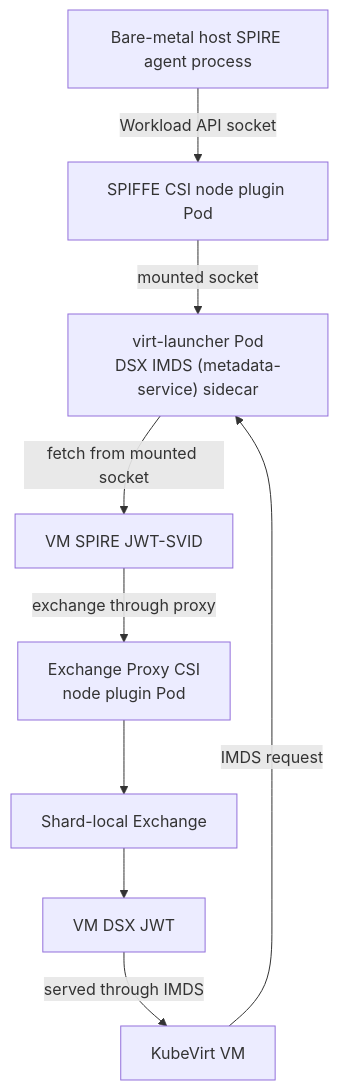
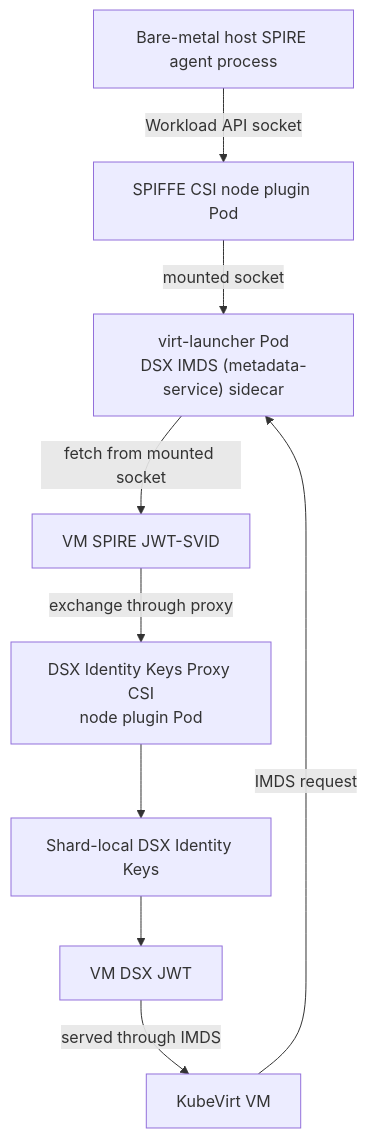
Before and after one commit to dsx-ai-factory/nvidia-workload-identity: the second of 3 diagrams in cmd/metadata-service/README.md, drawn with Mermaid. The commit also changed other lines of this file and 68 other files, not shown here.

Commit message:
fix!: rename component to dsx-identity-keys

````diff
--- a/cmd/metadata-service/README.md
+++ b/cmd/metadata-service/README.md
@@ -44,20 +46,20 @@
 ```mermaid
 flowchart TB
   HostAgent["Bare-metal host SPIRE agent process"]
   CSI["SPIFFE CSI node plugin Pod"]
   VMMetadata["virt-launcher Pod<br/>DSX IMDS (metadata-service) sidecar"]
-  Proxy["Exchange Proxy CSI<br/>node plugin Pod"]
-  Exchange["Shard-local Exchange"]
+  Proxy["DSX Identity Keys Proxy CSI<br/>node plugin Pod"]
+  IdentityKeys["Shard-local DSX Identity Keys"]
   VMJWT["VM SPIRE JWT-SVID"]
   DSXJWT["VM DSX JWT"]
   VM["KubeVirt VM"]
 
   HostAgent -->|"Workload API socket"| CSI
   CSI -->|"mounted socket"| VMMetadata
   VMMetadata -->|"fetch from mounted socket"| VMJWT
   VMJWT -->|"exchange through proxy"| Proxy
-  Proxy --> Exchange
-  Exchange --> DSXJWT
+  Proxy --> IdentityKeys
+  IdentityKeys --> DSXJWT
   VM -->|"IMDS request"| VMMetadata
   DSXJWT -->|"served through IMDS"| VM
 ```
````
